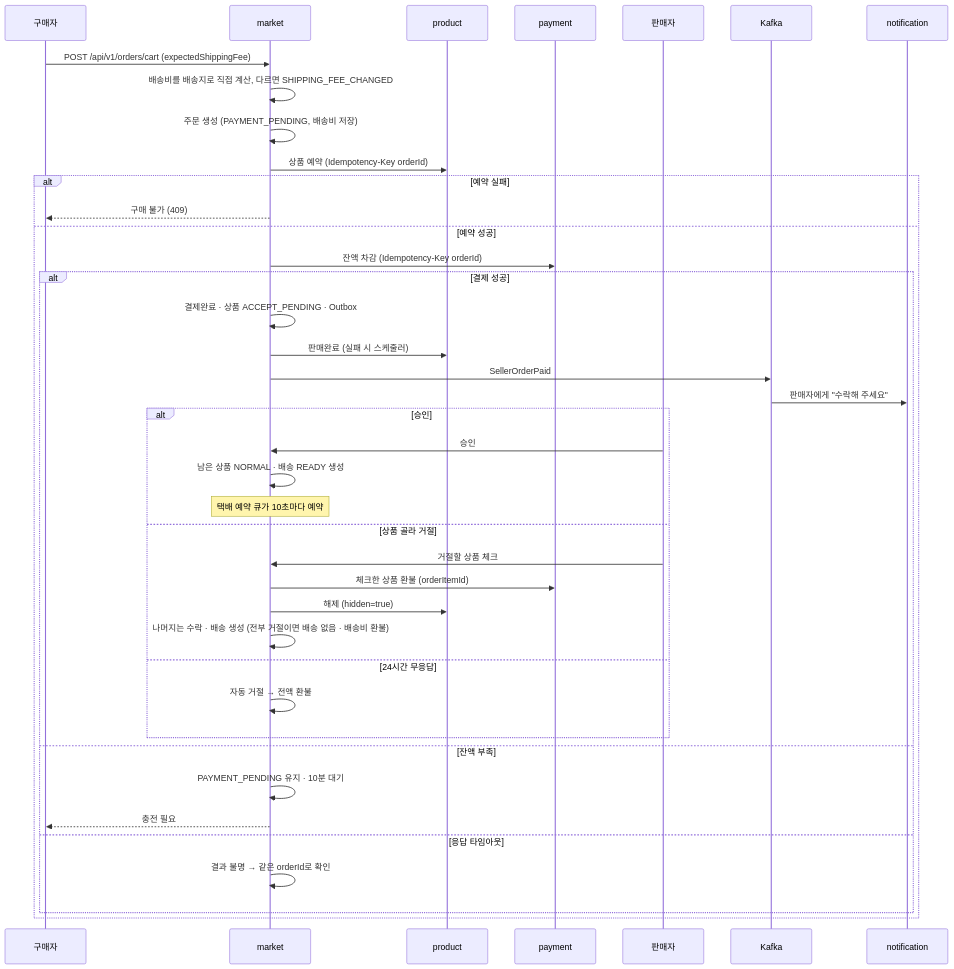
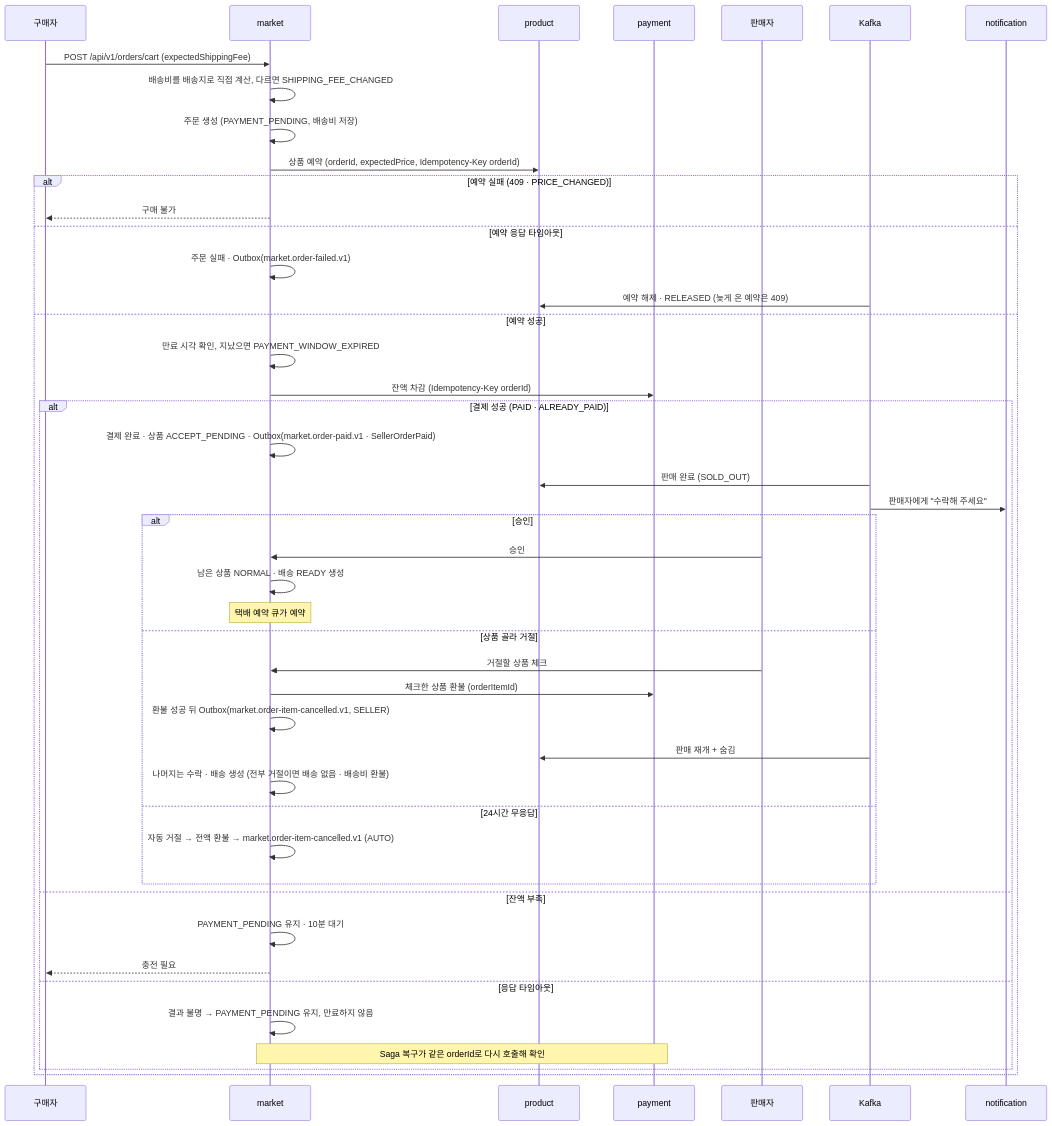
Before and after one commit to prgrms-be-adv-devcourse/beadv8_8_JustCommit_BE: the diagram in docs/flows/order-payment.md, drawn with Mermaid. The commit also changed other lines of this file and 17 other files, not shown here.

````diff
--- a/docs/flows/order-payment.md
+++ b/docs/flows/order-payment.md
@@ -10,42 +10,47 @@
 ```mermaid
 sequenceDiagram
     participant U as 구매자
     participant M as market
     participant PR as product
     participant P as payment
     participant SL as 판매자
     participant K as Kafka
     participant N as notification
     U->>M: POST /api/v1/orders/cart (expectedShippingFee)
     M->>M: 배송비를 배송지로 직접 계산, 다르면 SHIPPING_FEE_CHANGED
     M->>M: 주문 생성 (PAYMENT_PENDING, 배송비 저장)
-    M->>PR: 상품 예약 (Idempotency-Key orderId)
-    alt 예약 실패
-        M-->>U: 구매 불가 (409)
+    M->>PR: 상품 예약 (orderId, expectedPrice, Idempotency-Key orderId)
+    alt 예약 실패 (409 · PRICE_CHANGED)
+        M-->>U: 구매 불가
+    else 예약 응답 타임아웃
+        M->>M: 주문 실패 · Outbox(market.order-failed.v1)
+        K->>PR: 예약 해제 · RELEASED (늦게 온 예약은 409)
     else 예약 성공
+        M->>M: 만료 시각 확인, 지났으면 PAYMENT_WINDOW_EXPIRED
         M->>P: 잔액 차감 (Idempotency-Key orderId)
-        alt 결제 성공
-            M->>M: 결제완료 · 상품 ACCEPT_PENDING · Outbox
-            M->>PR: 판매완료 (실패 시 스케줄러)
-            M->>K: SellerOrderPaid
+        alt 결제 성공 (PAID · ALREADY_PAID)
+            M->>M: 결제 완료 · 상품 ACCEPT_PENDING · Outbox(market.order-paid.v1 · SellerOrderPaid)
+            K->>PR: 판매 완료 (SOLD_OUT)
             K->>N: 판매자에게 "수락해 주세요"
             alt 승인
                 SL->>M: 승인
                 M->>M: 남은 상품 NORMAL · 배송 READY 생성
-                Note over M: 택배 예약 큐가 10초마다 예약
+                Note over M: 택배 예약 큐가 예약
             else 상품 골라 거절
                 SL->>M: 거절할 상품 체크
                 M->>P: 체크한 상품 환불 (orderItemId)
-                M->>PR: 해제 (hidden=true)
+                M->>M: 환불 성공 뒤 Outbox(market.order-item-cancelled.v1, SELLER)
+                K->>PR: 판매 재개 + 숨김
                 M->>M: 나머지는 수락 · 배송 생성 (전부 거절이면 배송 없음 · 배송비 환불)
             else 24시간 무응답
-                M->>M: 자동 거절 → 전액 환불
+                M->>M: 자동 거절 → 전액 환불 → market.order-item-cancelled.v1 (AUTO)
             end
         else 잔액 부족
             M->>M: PAYMENT_PENDING 유지 · 10분 대기
             M-->>U: 충전 필요
         else 응답 타임아웃
-            M->>M: 결과 불명 → 같은 orderId로 확인
+            M->>M: 결과 불명 → PAYMENT_PENDING 유지, 만료하지 않음
+            Note over M,P: Saga 복구가 같은 orderId로 다시 호출해 확인
         end
     end
 ```
````
